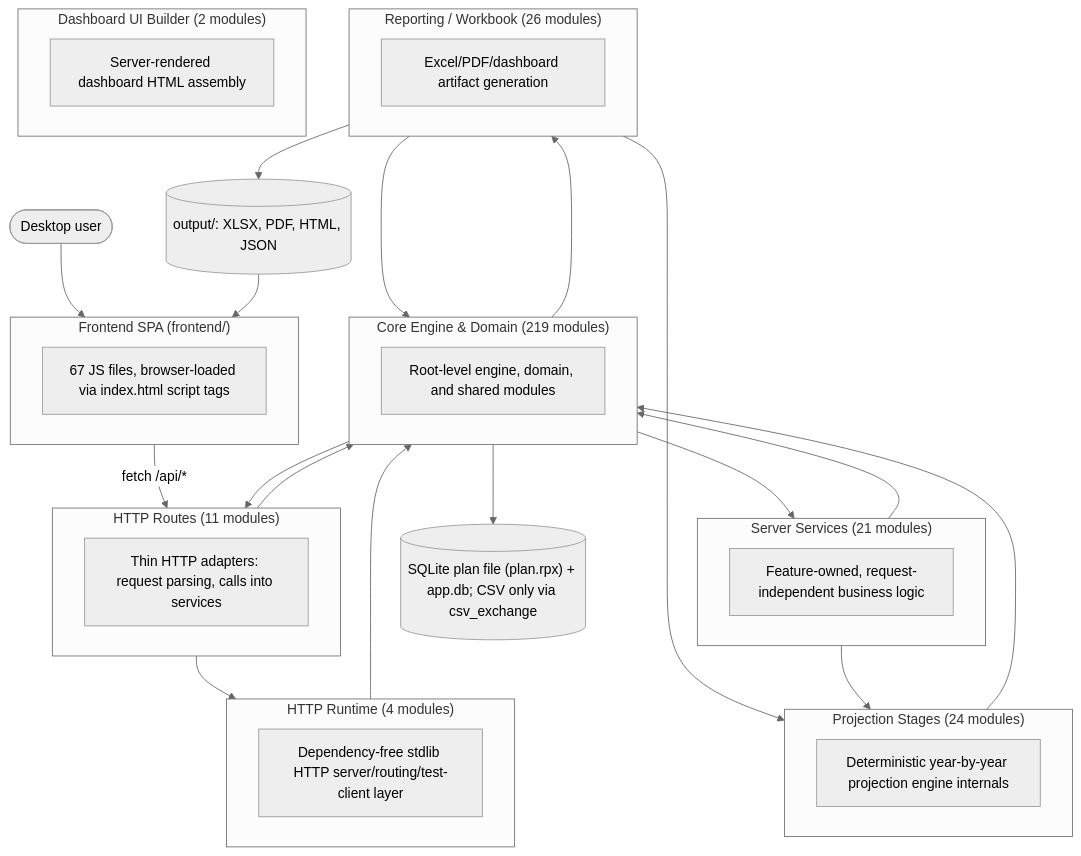
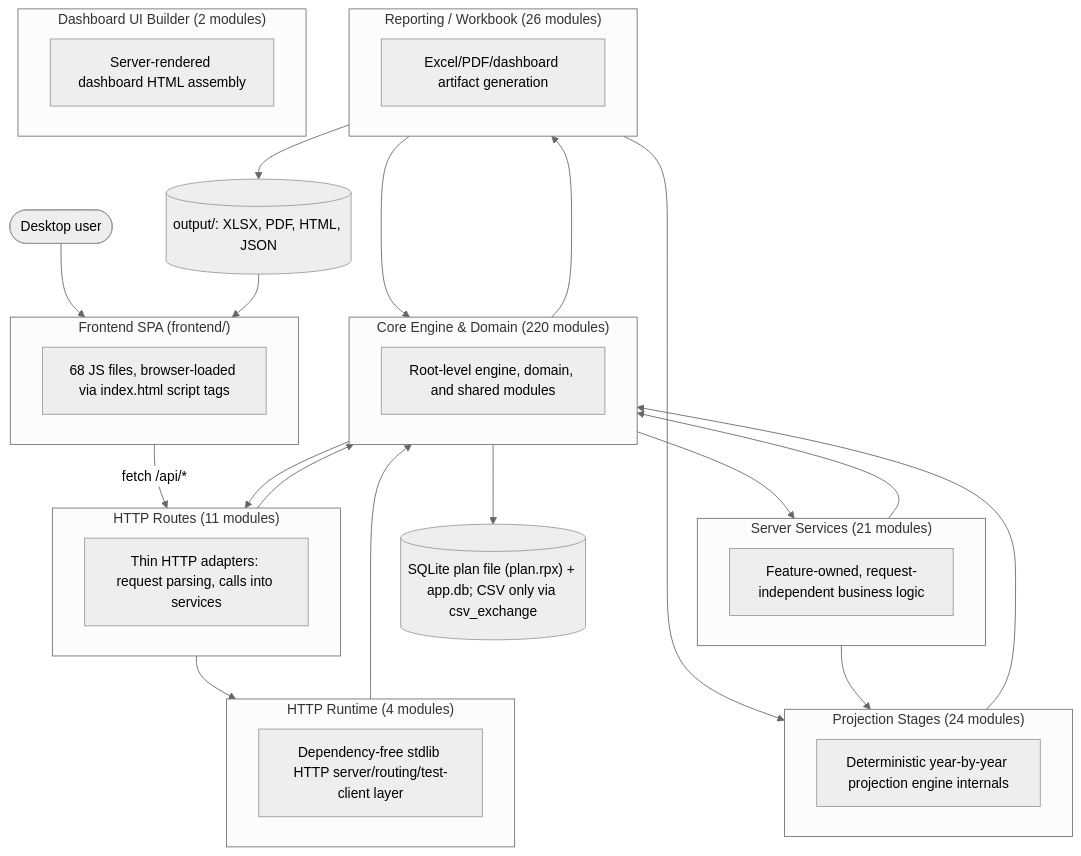
One commit to matthartzman/retirement_system changed the first of 2 diagrams in documentation/reference/SYSTEM_ARCHITECTURE_DIAGRAM.md. Above: the diagram before and after it, drawn with Mermaid (neutral theme). The commit also changed other lines of this file and 14 other files, not shown here.

````diff
--- a/documentation/reference/SYSTEM_ARCHITECTURE_DIAGRAM.md
+++ b/documentation/reference/SYSTEM_ARCHITECTURE_DIAGRAM.md
@@ -11,43 +11,43 @@
 ```mermaid
 flowchart TB
     User(["Desktop user"]) --> FE
     subgraph FE["Frontend SPA (frontend/)"]
-        FEcount["67 JS files, browser-loaded via index.html script tags"]
+        FEcount["68 JS files, browser-loaded via index.html script tags"]
     end
     FE -->|fetch /api/*| L_HTTP_Routes
     subgraph L_HTTP_Routes["HTTP Routes (11 modules)"]
         L_HTTP_Routes_d["Thin HTTP adapters: request parsing, calls into services"]
     end
     subgraph L_Server_Services["Server Services (21 modules)"]
         L_Server_Services_d["Feature-owned, request-independent business logic"]
     end
     subgraph L_HTTP_Runtime["HTTP Runtime (4 modules)"]
         L_HTTP_Runtime_d["Dependency-free stdlib HTTP server/routing/test-client layer"]
     end
-    subgraph L_Core_Engine___Domain["Core Engine & Domain (219 modules)"]
+    subgraph L_Core_Engine___Domain["Core Engine & Domain (220 modules)"]
         L_Core_Engine___Domain_d["Root-level engine, domain, and shared modules"]
     end
     subgraph L_Projection_Stages["Projection Stages (24 modules)"]
         L_Projection_Stages_d["Deterministic year-by-year projection engine internals"]
     end
     subgraph L_Reporting___Workbook["Reporting / Workbook (26 modules)"]
         L_Reporting___Workbook_d["Excel/PDF/dashboard artifact generation"]
     end
     subgraph L_Dashboard_UI_Builder["Dashboard UI Builder (2 modules)"]
         L_Dashboard_UI_Builder_d["Server-rendered dashboard HTML assembly"]
     end
     L_Core_Engine___Domain --> L_HTTP_Routes
     L_Core_Engine___Domain --> L_Reporting___Workbook
     L_Core_Engine___Domain --> L_Server_Services
     L_HTTP_Routes --> L_Core_Engine___Domain
     L_HTTP_Routes --> L_HTTP_Runtime
     L_HTTP_Runtime --> L_Core_Engine___Domain
     L_Projection_Stages --> L_Core_Engine___Domain
     L_Reporting___Workbook --> L_Core_Engine___Domain
     L_Reporting___Workbook --> L_Projection_Stages
     L_Server_Services --> L_Core_Engine___Domain
     L_Server_Services --> L_Projection_Stages
     L_Core_Engine___Domain --> DB[("SQLite plan file (plan.rpx) + app.db; CSV only via csv_exchange")]
     L_Reporting___Workbook --> Outputs[("output/: XLSX, PDF, HTML, JSON")]
     Outputs --> FE
 ```
````
